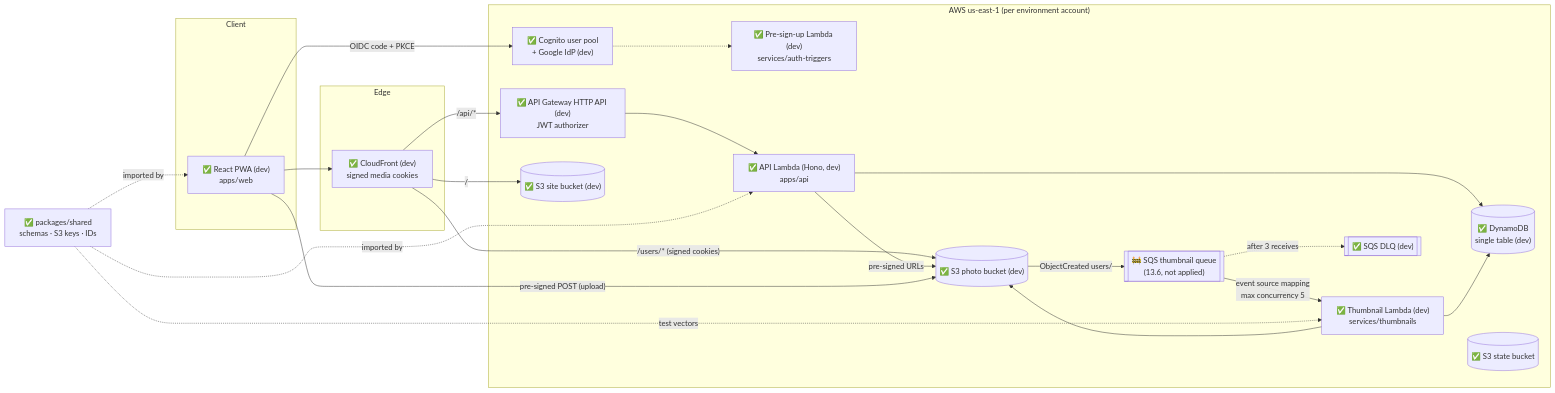
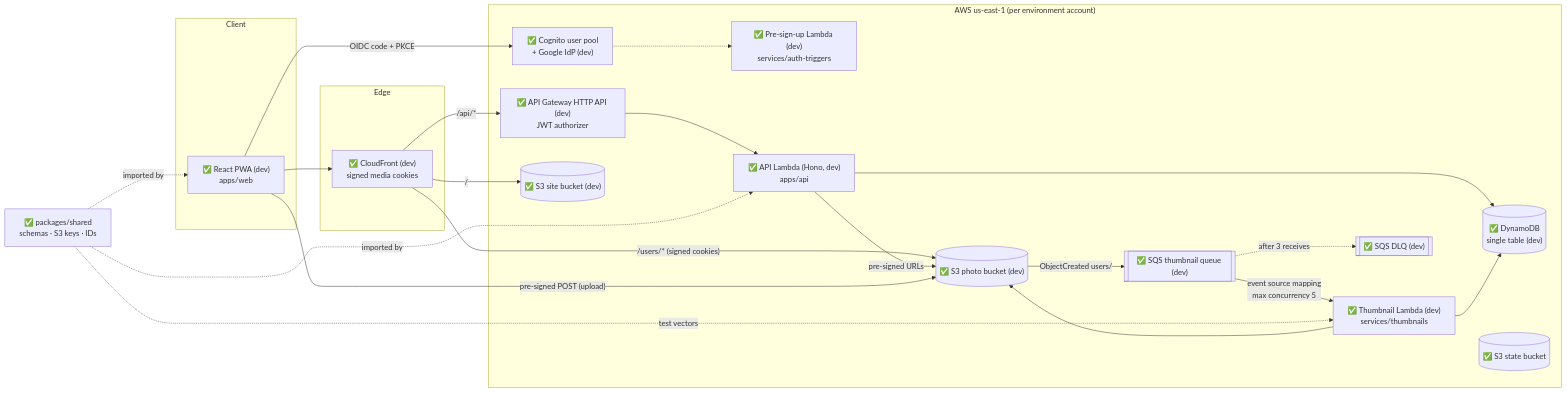
One commit to EdgarA28/Photo-app changed the first of 7 diagrams in ARCHITECTURE.md. Above: the diagram before and after it, drawn with Mermaid. The commit also changed other lines of this file and 2 other files, not shown here.

Commit message:
Note the 13.6 dev deploy

````diff
--- a/ARCHITECTURE.md
+++ b/ARCHITECTURE.md
@@ -69,44 +69,44 @@
 ```mermaid
 flowchart LR
   subgraph Client
     PWA["✅ React PWA (dev)<br/>apps/web"]
   end
 
   subgraph Edge
     CF["✅ CloudFront (dev)<br/>signed media cookies"]
   end
 
   subgraph AWS["AWS us-east-1 (per environment account)"]
     COG["✅ Cognito user pool<br/>+ Google IdP (dev)"]
     TRIG["✅ Pre-sign-up Lambda (dev)<br/>services/auth-triggers"]
     APIGW["✅ API Gateway HTTP API (dev)<br/>JWT authorizer"]
     API["✅ API Lambda (Hono, dev)<br/>apps/api"]
     DDB[("✅ DynamoDB<br/>single table (dev)")]
     WEB[("✅ S3 site bucket (dev)")]
     S3[("✅ S3 photo bucket (dev)")]
     THUMB["✅ Thumbnail Lambda (dev)<br/>services/thumbnails"]
-    TQ[["🚧 SQS thumbnail queue<br/>(13.6, not applied)"]]
+    TQ[["✅ SQS thumbnail queue (dev)"]]
     DLQ[["✅ SQS DLQ (dev)"]]
     STATE[("✅ S3 state bucket")]
   end
 
   SHARED["✅ packages/shared<br/>schemas · S3 keys · IDs"]
 
   PWA -- "OIDC code + PKCE" --> COG
   COG -.-> TRIG
   PWA --> CF
   CF -- "/" --> WEB
   CF -- "/api/*" --> APIGW --> API
   CF -- "/users/* (signed cookies)" --> S3
   API --> DDB
   API -- "pre-signed URLs" --> S3
   PWA -- "pre-signed POST (upload)" --> S3
   S3 -- "ObjectCreated users/" --> TQ
   TQ -- "event source mapping<br/>max concurrency 5" --> THUMB
   THUMB --> S3
   THUMB --> DDB
   TQ -. "after 3 receives" .-> DLQ
   SHARED -. "imported by" .-> PWA
   SHARED -. "imported by" .-> API
   SHARED -. "test vectors" .-> THUMB
 ```
````
